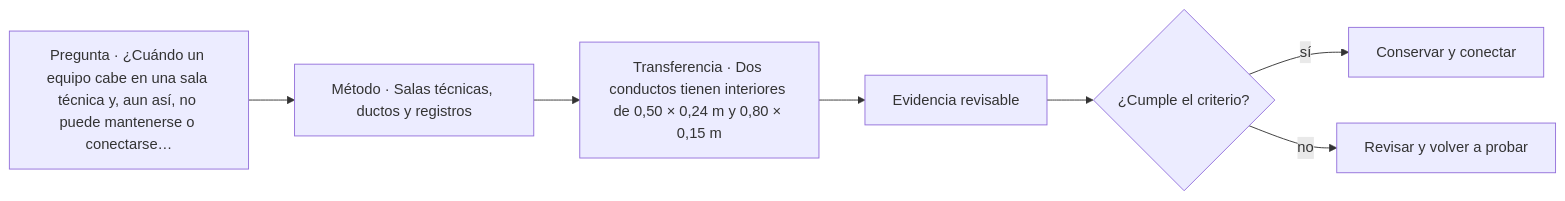
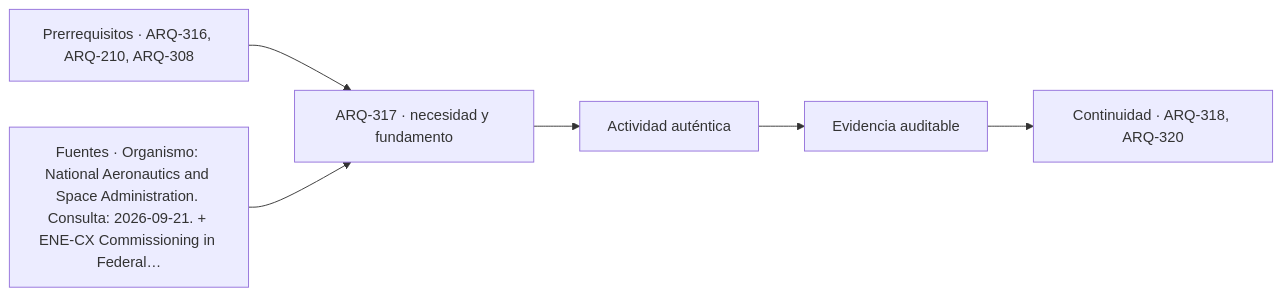
One commit to vladimiracunadev-create/architecture-built-environment-learning-program changed the diagram in classes/parte-32/ARQ-317.md. Above: the diagram before and after it, drawn with Mermaid. The commit also changed other lines of this file and 761 other files, not shown here.

````diff
--- a/classes/parte-32/ARQ-317.md
+++ b/classes/parte-32/ARQ-317.md
@@ -107,9 +119,8 @@
 ```mermaid
 flowchart LR
-    Q["Pregunta · ¿Cuándo un equipo cabe en una sala técnica y, aun así, no puede mantenerse o conectarse…"] --> M["Método · Salas técnicas, ductos y registros"]
-    M --> P["Transferencia · Dos conductos tienen interiores de 0,50 × 0,24 m y 0,80 × 0,15 m"]
-    P --> E["Evidencia revisable"]
-    E --> C{"¿Cumple el criterio?"}
-    C -->|sí| T["Conservar y conectar"]
-    C -->|no| R["Revisar y volver a probar"]
+    A["Prerrequisitos · ARQ-316, ARQ-210, ARQ-308"] --> B["ARQ-317 · necesidad y fundamento"]
+    S["Fuentes · Organismo: National Aeronautics and Space Administration. Consulta: 2026-09-21. + ENE-CX Commissioning in Federal…"] --> B
+    B --> C["Actividad auténtica"]
+    C --> D["Evidencia auditable"]
+    D --> E["Continuidad · ARQ-318, ARQ-320"]
 ```
````
